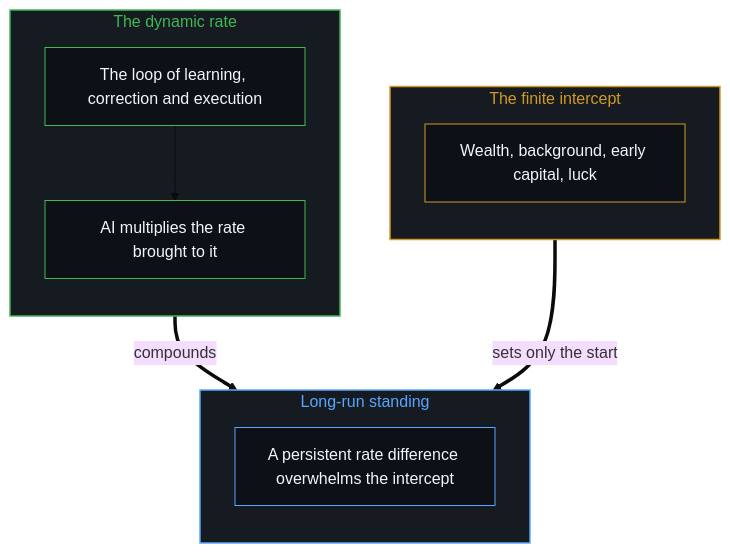
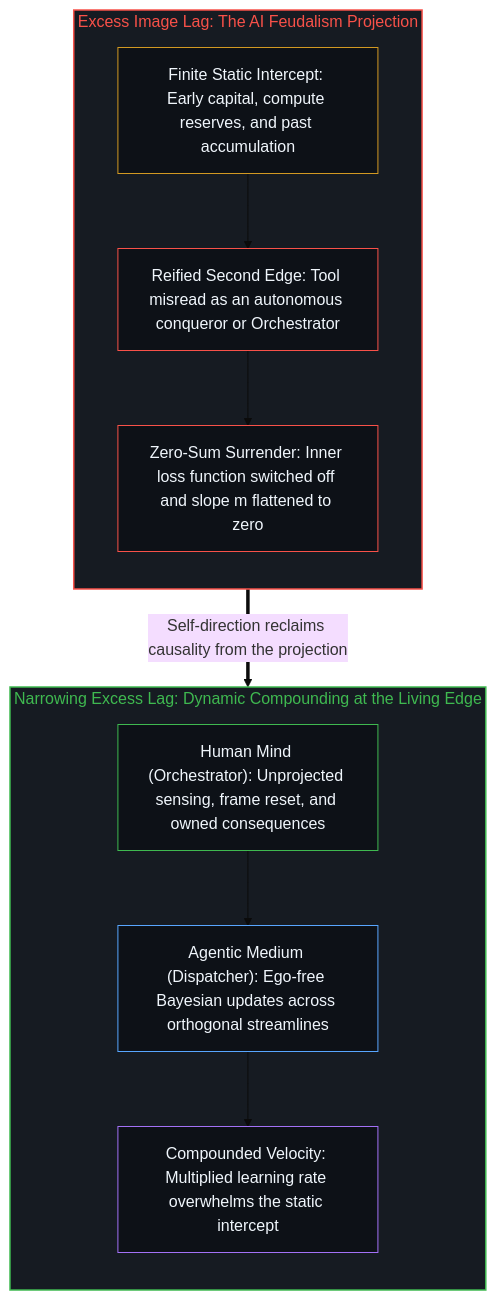
The second of 2 diagrams in content/posts/agency-compounding-and-the-argument-over-ai-feudalism.md (powerpig99/not-a-toe), drawn with Mermaid (base theme) before and after one commit. The commit also changed other lines of this file and 1 other file, not shown here.

Commit message:
Refine agency-compounding-and-the-argument-over-ai-feudalism (Wave 3 L2 #125: weave beyond-the-projection)

````diff
--- a/content/posts/agency-compounding-and-the-argument-over-ai-feudalism.md
+++ b/content/posts/agency-compounding-and-the-argument-over-ai-feudalism.md
@@ -60,26 +67,29 @@
 ```mermaid
 flowchart TD
-    subgraph S_Start["The finite intercept"]
+    subgraph S_Lag["Excess Image Lag: The AI Feudalism Projection"]
         direction TB
-        I1["Wealth, background, early capital, luck"]
+        I1["Finite Static Intercept: Early capital, compute reserves, and past accumulation"]
+        I2["Reified Second Edge: Tool misread as an autonomous conqueror or Orchestrator"]
+        I3["Zero-Sum Surrender: Inner loss function switched off and slope m flattened to zero"]
+        I1 --> I2 --> I3
     end
-    subgraph S_Rate["The dynamic rate"]
+
+    subgraph S_Rate["Narrowing Excess Lag: Dynamic Compounding at the Living Edge"]
         direction TB
-        R1["The loop of learning, correction and execution"]
-        R2["AI multiplies the rate brought to it"]
+        R1["Human Mind (Orchestrator): Unprojected sensing, frame reset, and owned consequences"]
+        R2["Agentic Medium (Dispatcher): Ego-free Bayesian updates across orthogonal streamlines"]
+        R3["Compounded Velocity: Multiplied learning rate overwhelms the static intercept"]
+        R1 --> R2 --> R3
     end
-    subgraph S_Out["Long-run standing"]
-        direction TB
-        O1["A persistent rate difference overwhelms the intercept"]
-    end
-    I1 ==>|"sets only the start"| O1
-    R1 --> R2
-    R2 ==>|"compounds"| O1
-    style S_Start fill:#161b22,stroke:#d29922,stroke-width:1.5px,color:#d29922
+
+    I3 ==>|"Self-direction reclaims causality from the projection"| R1
+
+    style S_Lag fill:#161b22,stroke:#f85149,stroke-width:1.5px,color:#f85149
     style S_Rate fill:#161b22,stroke:#3fb950,stroke-width:1.5px,color:#3fb950
-    style S_Out fill:#161b22,stroke:#58a6ff,stroke-width:1.5px,color:#58a6ff
     style I1 fill:#0d1117,stroke:#d29922,stroke-width:1px,color:#f0f6fc
+    style I2 fill:#0d1117,stroke:#f85149,stroke-width:1px,color:#f0f6fc
+    style I3 fill:#0d1117,stroke:#f85149,stroke-width:1px,color:#f0f6fc
     style R1 fill:#0d1117,stroke:#3fb950,stroke-width:1px,color:#f0f6fc
-    style R2 fill:#0d1117,stroke:#3fb950,stroke-width:1px,color:#f0f6fc
-    style O1 fill:#0d1117,stroke:#58a6ff,stroke-width:1px,color:#f0f6fc
+    style R2 fill:#0d1117,stroke:#58a6ff,stroke-width:1px,color:#f0f6fc
+    style R3 fill:#0d1117,stroke:#a371f7,stroke-width:1px,color:#f0f6fc
 ```
````
